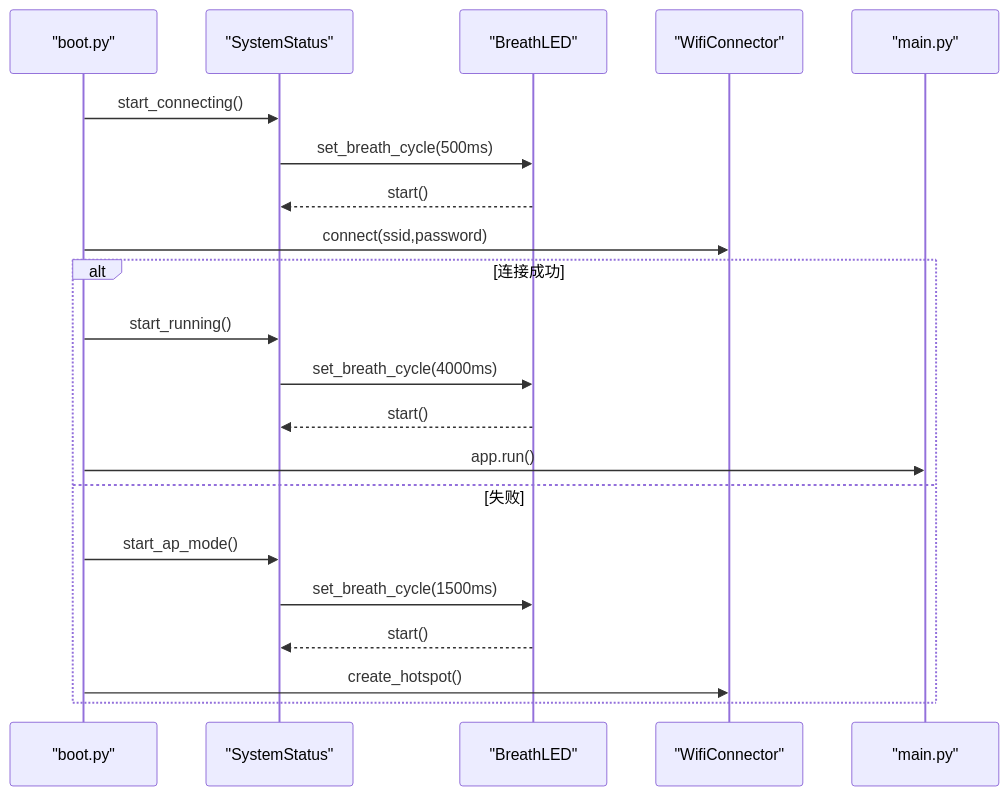
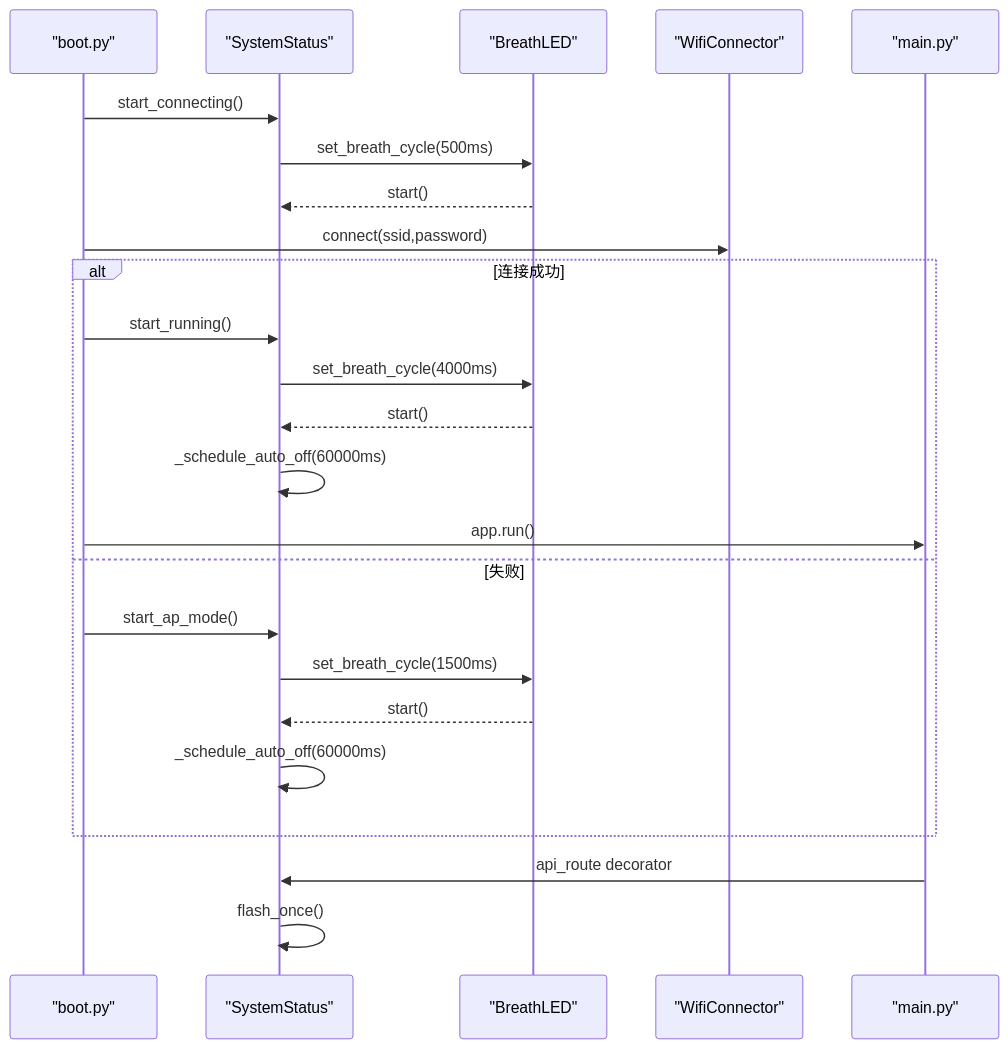
One commit to qq20739111/weilushishe-lishitai changed the second of 6 diagrams in .qoder/repowiki/zh/content/核心模块/系统状态指示.md. Above: the diagram before and after it, drawn with Mermaid. The commit also changed other lines of this file and 23 other files, not shown here.

````diff
--- a/.qoder/repowiki/zh/content/核心模块/系统状态指示.md
+++ b/.qoder/repowiki/zh/content/核心模块/系统状态指示.md
@@ -66,23 +73,26 @@
 ```mermaid
 sequenceDiagram
 participant Boot as "boot.py"
 participant Sys as "SystemStatus"
 participant Led as "BreathLED"
 participant Wifi as "WifiConnector"
 participant Main as "main.py"
 Boot->>Sys : start_connecting()
 Sys->>Led : set_breath_cycle(500ms)
 Led-->>Sys : start()
 Boot->>Wifi : connect(ssid,password)
 alt 连接成功
 Boot->>Sys : start_running()
 Sys->>Led : set_breath_cycle(4000ms)
 Led-->>Sys : start()
+Sys->>Sys : _schedule_auto_off(60000ms)
 Boot->>Main : app.run()
 else 失败
 Boot->>Sys : start_ap_mode()
 Sys->>Led : set_breath_cycle(1500ms)
 Led-->>Sys : start()
-Boot->>Wifi : create_hotspot()
+Sys->>Sys : _schedule_auto_off(60000ms)
 end
+Main->>Sys : api_route decorator
+Sys->>Sys : flash_once()
 ```
````
